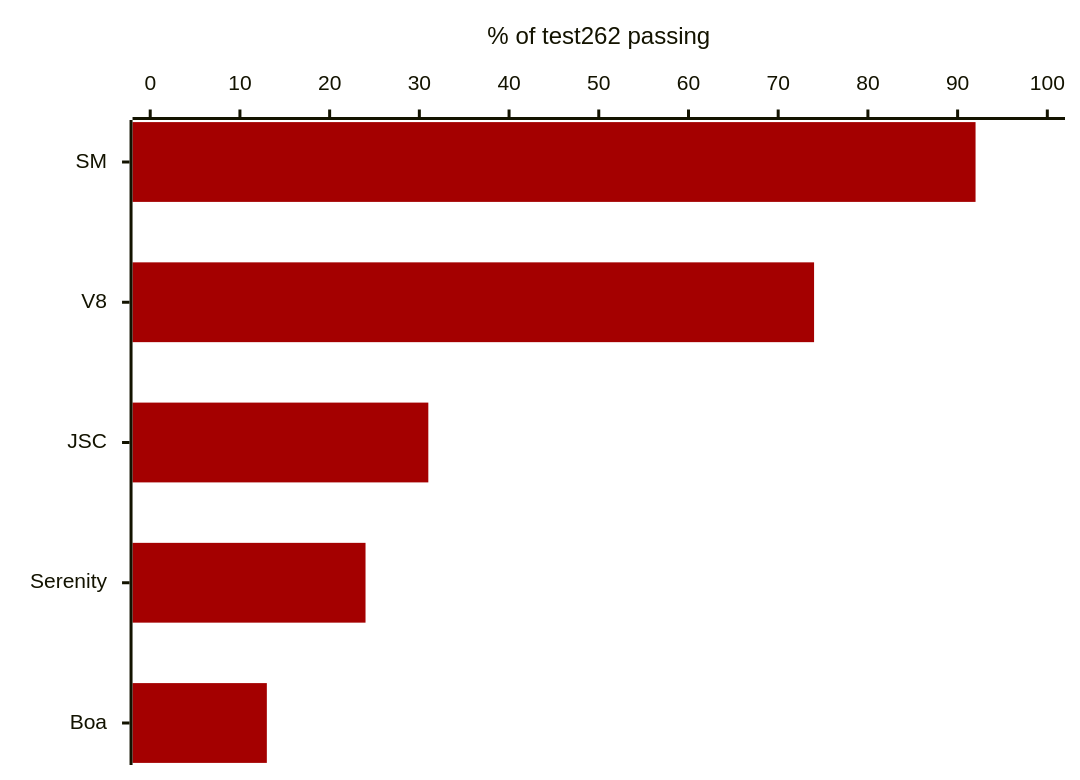
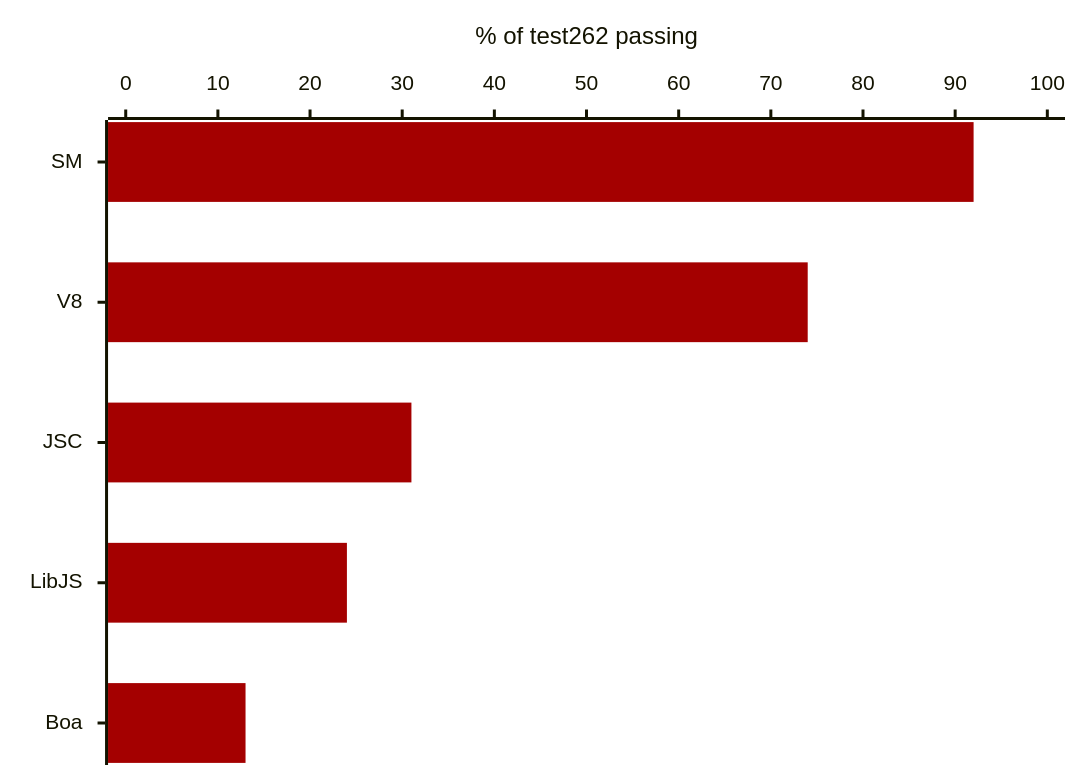
Before and after one commit to ptomato/talks: the diagram in tc39-2023-11/README.md, drawn with Mermaid. The commit also changed other lines of this file and 1 other file, not shown here.

```diff
--- a/tc39-2023-11/README.md
+++ b/tc39-2023-11/README.md
@@ -70,24 +72,24 @@
 <pre class="mermaid">
 %%{
   init: {
     "xyChart": {
       "xAxis": {
         "labelPadding": 10
       },
       "yAxis": {
         "labelPadding": 10
       }
     },
     "themeVariables": {
       "fontFamily": "Rubik",
       "xyChart": {
         "plotColorPalette": "#a40000"
       }
     }
   }
 }%%
 xychart-beta horizontal
-  x-axis [SM, V8, JSC, Serenity, Boa]
+  x-axis [SM, V8, JSC, LibJS, Boa]
   y-axis "% of test262 passing" 0 --> 100
   bar [92, 74, 31, 24, 13]
 </pre>
```
